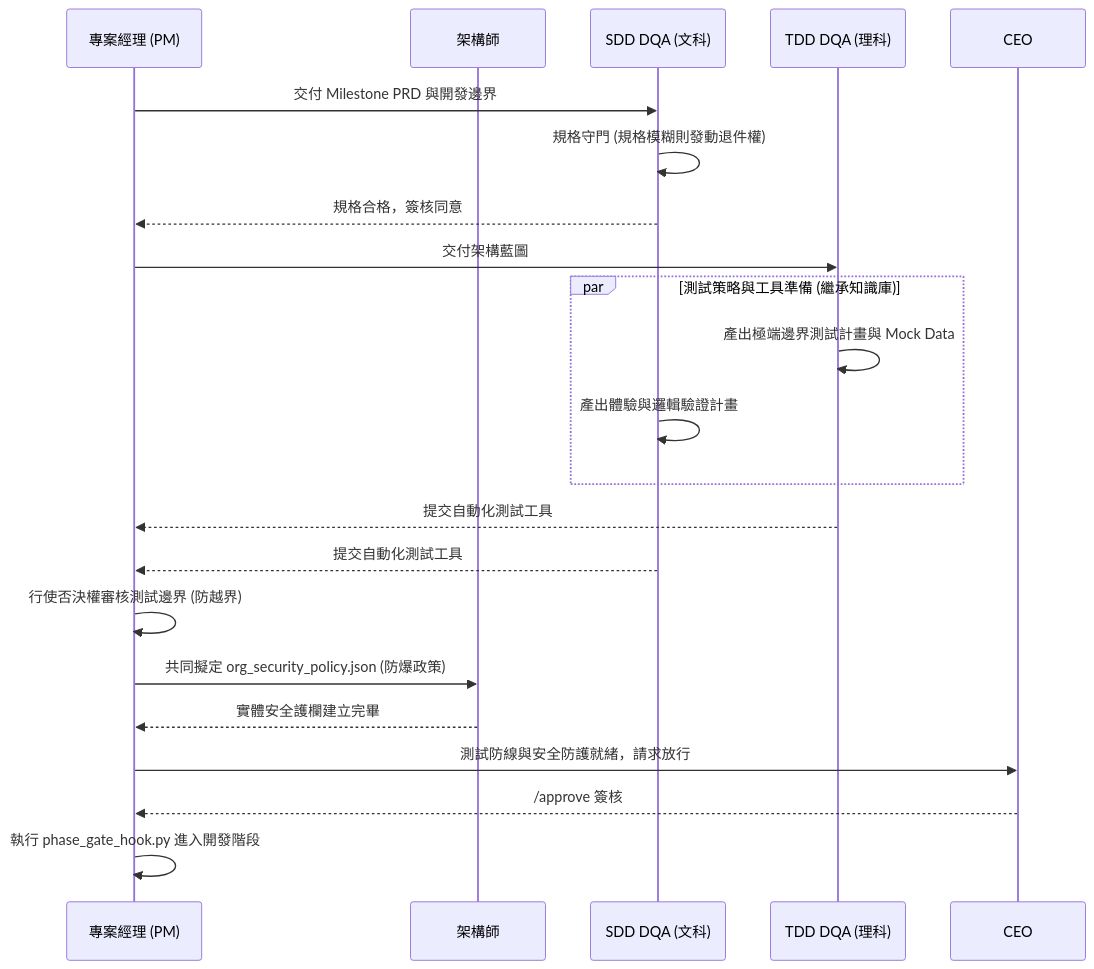
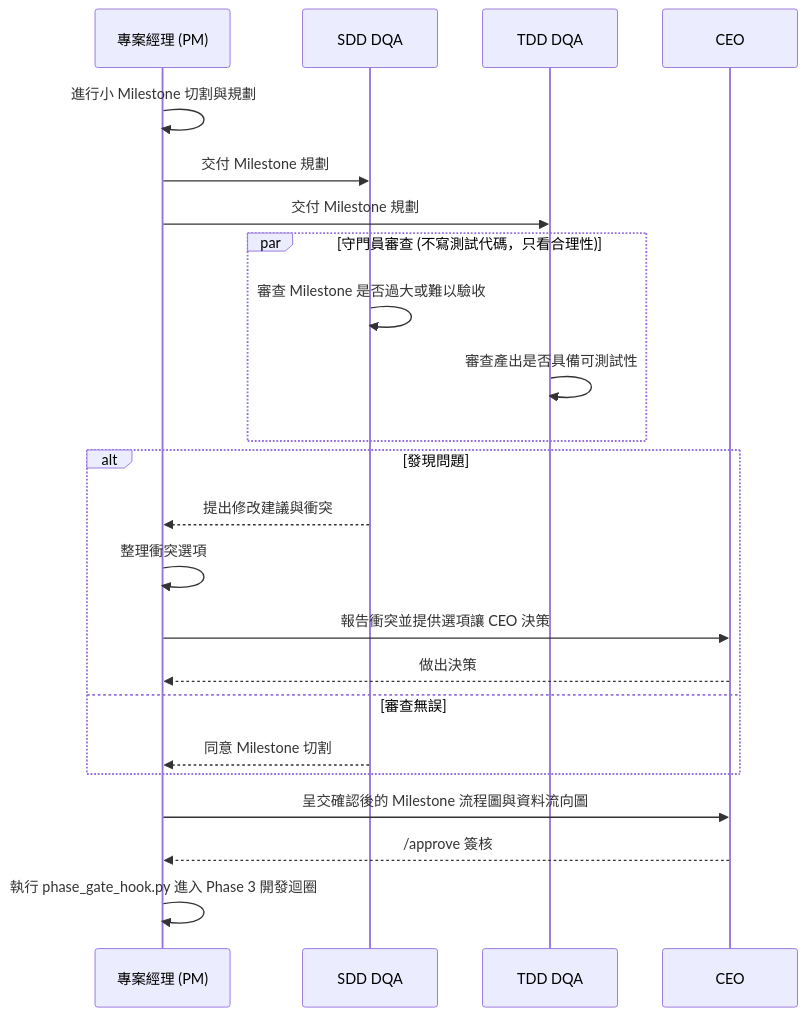
One commit to vip3310495-Johnny/Johnny-project-team-plugin changed the fourth of 8 diagrams in README.md. Above: the diagram before and after it, drawn with Mermaid. The commit also changed other lines of this file and 80 other files, not shown here.

Commit message:
release: v2.0.0 architecture upgrade with native hooks, vertical slicing & 3-way spec injection

````diff
--- a/README.md
+++ b/README.md
@@ -146,28 +147,29 @@
 ```mermaid
 sequenceDiagram
     participant PM as 專案經理 (PM)
-    participant Arch as 架構師
-    participant SDD as SDD DQA (文科)
-    participant TDD as TDD DQA (理科)
+    participant SDD as SDD DQA
+    participant TDD as TDD DQA
     participant CEO
     
-    PM->>SDD: 交付 Milestone PRD 與開發邊界
-    SDD->>SDD: 規格守門 (規格模糊則發動退件權)
-    SDD-->>PM: 規格合格，簽核同意
+    PM->>PM: 進行小 Milestone 切割與規劃
+    PM->>SDD: 交付 Milestone 規劃
+    PM->>TDD: 交付 Milestone 規劃
     
-    PM->>TDD: 交付架構藍圖
-    par 測試策略與工具準備 (繼承知識庫)
-        TDD->>TDD: 產出極端邊界測試計畫與 Mock Data
-        SDD->>SDD: 產出體驗與邏輯驗證計畫
+    par 守門員審查 (不寫測試代碼，只看合理性)
+        SDD->>SDD: 審查 Milestone 是否過大或難以驗收
+        TDD->>TDD: 審查產出是否具備可測試性
     end
-    TDD-->>PM: 提交自動化測試工具
-    SDD-->>PM: 提交自動化測試工具
-    PM->>PM: 行使否決權審核測試邊界 (防越界)
     
-    PM->>Arch: 共同擬定 org_security_policy.json (防爆政策)
-    Arch-->>PM: 實體安全護欄建立完畢
+    alt 發現問題
+        SDD-->>PM: 提出修改建議與衝突
+        PM->>PM: 整理衝突選項
+        PM->>CEO: 報告衝突並提供選項讓 CEO 決策
+        CEO-->>PM: 做出決策
+    else 審查無誤
+        SDD-->>PM: 同意 Milestone 切割
+    end
     
-    PM->>CEO: 測試防線與安全防護就緒，請求放行
+    PM->>CEO: 呈交確認後的 Milestone 流程圖與資料流向圖
     CEO-->>PM: /approve 簽核
-    PM->>PM: 執行 phase_gate_hook.py 進入開發階段
+    PM->>PM: 執行 phase_gate_hook.py 進入 Phase 3 開發迴圈
 ```
````
